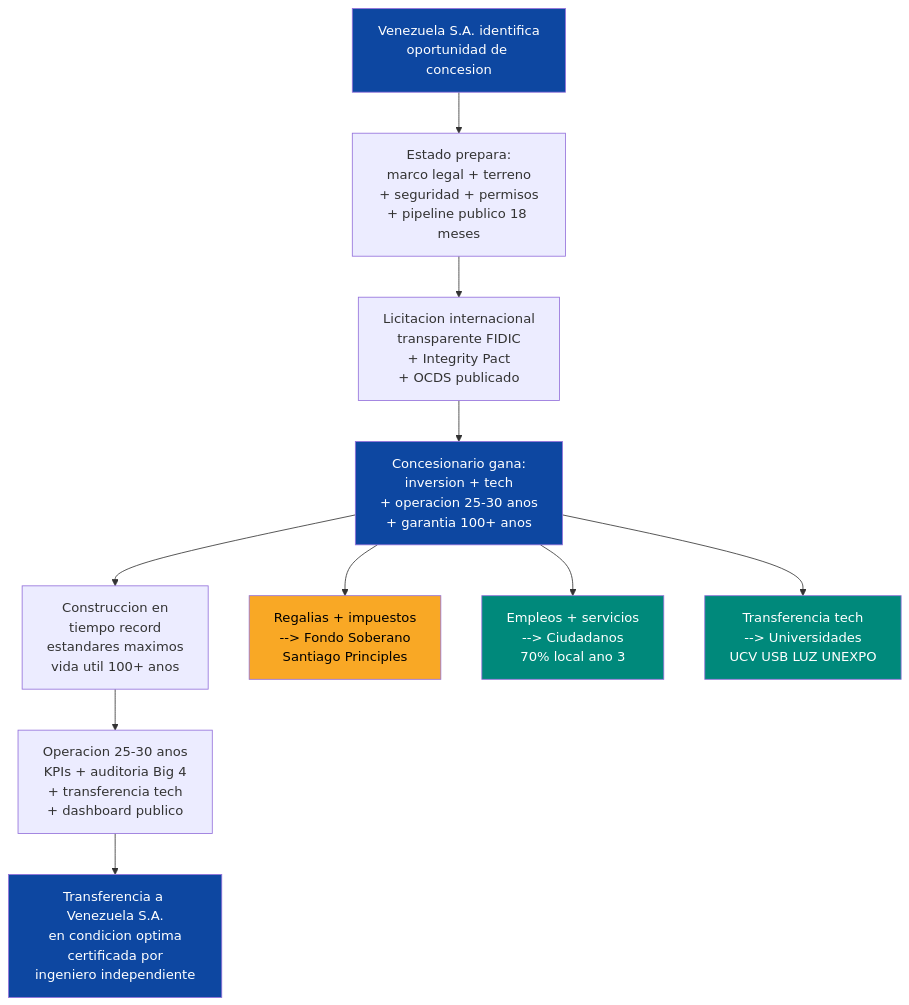
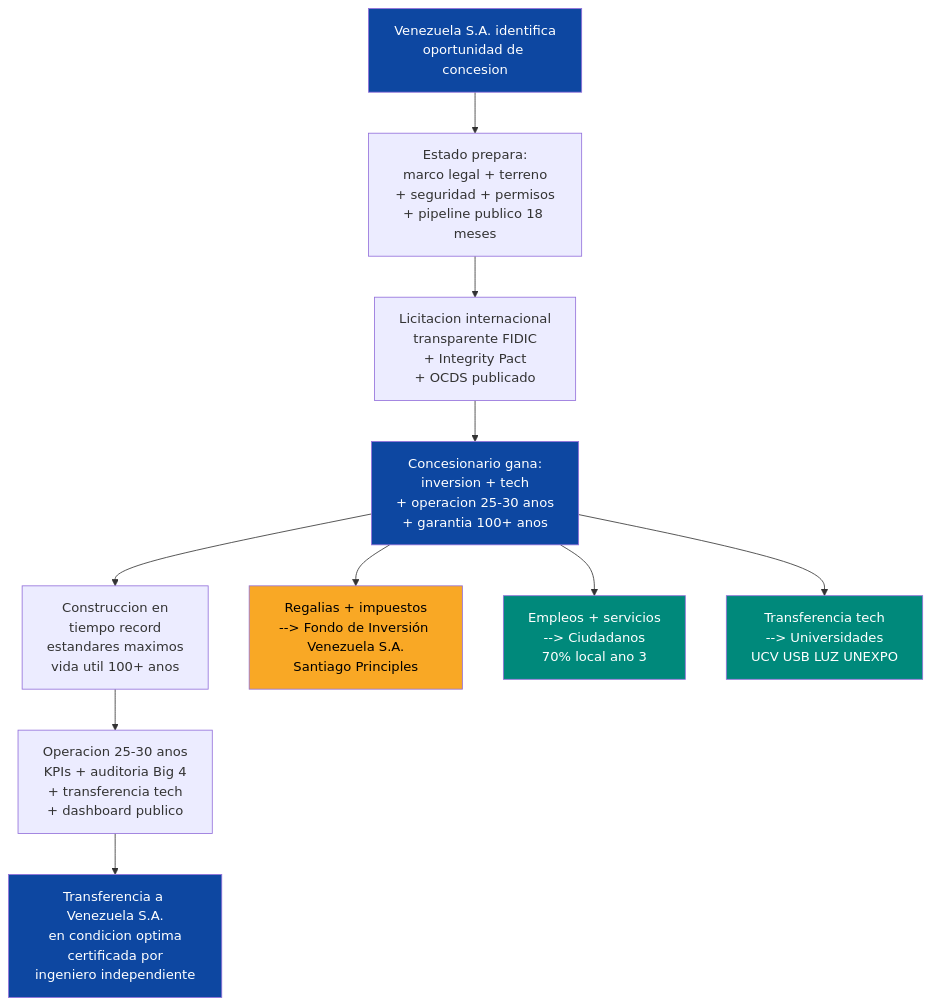
The fifth of 5 diagrams in docs/10-oportunidades/modelo-concesiones.md (Venezuela-S-A/venezuela-sa), drawn with Mermaid before and after one commit. The commit also changed other lines of this file and 33 other files, not shown here.

First line of the commit message:
refactor: rename 'fondo soberano' to 'Fondo de Inversión Venezuela S.A.'

````diff
--- a/docs/10-oportunidades/modelo-concesiones.md
+++ b/docs/10-oportunidades/modelo-concesiones.md
@@ -456,20 +456,20 @@
 ```mermaid
 flowchart TD
     A[Venezuela S.A. identifica<br/>oportunidad de concesion] --> B[Estado prepara:<br/>marco legal + terreno<br/>+ seguridad + permisos<br/>+ pipeline publico 18 meses]
     B --> C[Licitacion internacional<br/>transparente FIDIC<br/>+ Integrity Pact<br/>+ OCDS publicado]
     C --> D[Concesionario gana:<br/>inversion + tech<br/>+ operacion 25-30 anos<br/>+ garantia 100+ anos]
     D --> E[Construccion en<br/>tiempo record<br/>estandares maximos<br/>vida util 100+ anos]
     E --> F[Operacion 25-30 anos<br/>KPIs + auditoria Big 4<br/>+ transferencia tech<br/>+ dashboard publico]
     F --> G[Transferencia a Venezuela S.A.<br/>en condicion optima<br/>certificada por<br/>ingeniero independiente]
 
-    D --> H[Regalias + impuestos<br/>--> Fondo Soberano<br/>Santiago Principles]
+    D --> H[Regalias + impuestos<br/>--> Fondo de Inversión Venezuela S.A.<br/>Santiago Principles]
     D --> I[Empleos + servicios<br/>--> Ciudadanos<br/>70% local ano 3]
     D --> J[Transferencia tech<br/>--> Universidades<br/>UCV USB LUZ UNEXPO]
 
     style A fill:#0D47A1,color:#fff
     style H fill:#F9A825,color:#000
     style I fill:#00897B,color:#fff
     style J fill:#00897B,color:#fff
     style D fill:#0D47A1,color:#fff
     style G fill:#0D47A1,color:#fff
 ```
````
